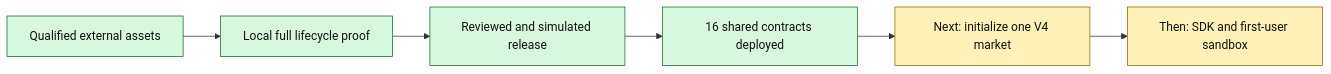
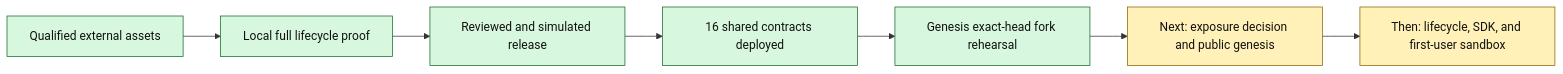
One commit to vmbbz/stonkHedge changed the first of 5 diagrams in docs/architecture/robinhood-testnet-system.md. Above: the diagram before and after it, drawn with Mermaid. The commit also changed other lines of this file and 15 other files, not shown here.

Commit message:
test(market): rehearse PLTR WETH genesis on fork

````diff
--- a/docs/architecture/robinhood-testnet-system.md
+++ b/docs/architecture/robinhood-testnet-system.md
@@ -37,13 +40,14 @@
 ```mermaid
 flowchart LR
     A[Qualified external assets] --> B[Local full lifecycle proof]
     B --> C[Reviewed and simulated release]
     C --> D[16 shared contracts deployed]
-    D --> E[Next: initialize one V4 market]
-    E --> F[Then: SDK and first-user sandbox]
+    D --> E[Genesis exact-head fork rehearsal]
+    E --> F[Next: exposure decision and public genesis]
+    F --> G[Then: lifecycle, SDK, and first-user sandbox]
 
     classDef done fill:#d7f7df,stroke:#176b2c,color:#111;
     classDef next fill:#fff1b8,stroke:#8a6700,color:#111;
-    class A,B,C,D done;
-    class E,F next;
+    class A,B,C,D,E done;
+    class F,G next;
 ```
````
